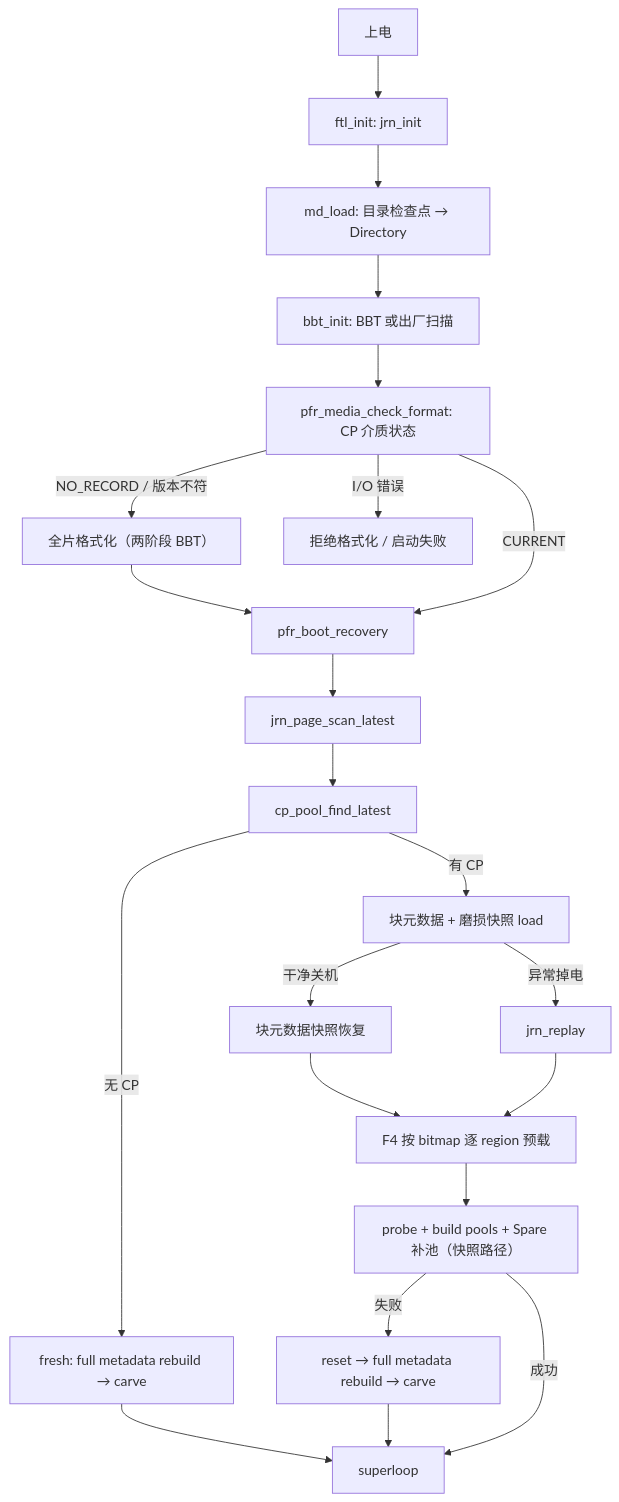
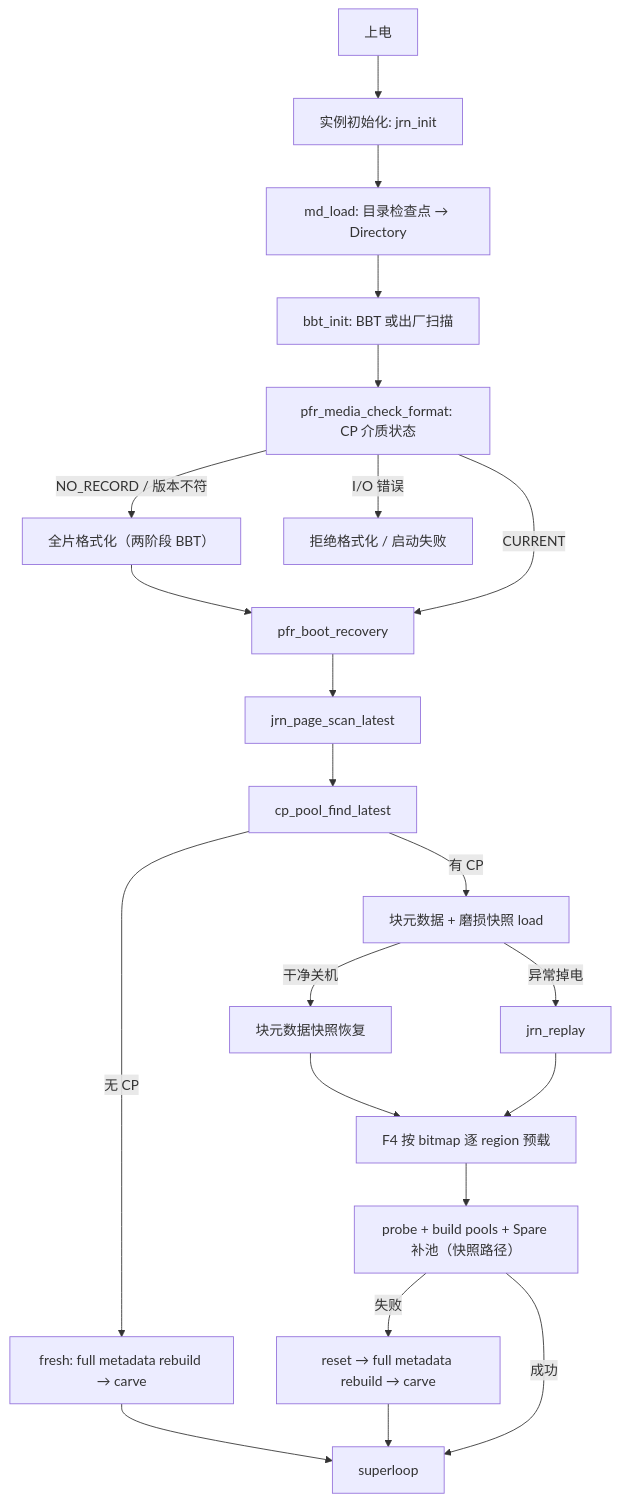
Before and after one commit to YzYMIAO/BASESSD: the third of 36 diagrams in docs/design/ftl_design.md, drawn with Mermaid. The commit also changed other lines of this file and 49 other files, not shown here.

````diff
--- a/docs/design/ftl_design.md
+++ b/docs/design/ftl_design.md
@@ -944,24 +908,24 @@
 ```mermaid
 flowchart TD
-    PWR["上电"] --> JI["ftl_init: jrn_init"]
-    JI --> MDL["md_load: 目录检查点 → Directory"]
-    MDL --> BBTI["bbt_init: BBT 或出厂扫描"]
-    BBTI --> VER["pfr_media_check_format: CP 介质状态"]
-    VER -- "NO_RECORD / 版本不符" --> FMT["全片格式化（两阶段 BBT）"]
-    VER -- "I/O 错误" --> HALT["拒绝格式化 / 启动失败"]
-    VER -- "CURRENT" --> BR["pfr_boot_recovery"]
-    FMT --> BR
-    BR --> JS["jrn_page_scan_latest"]
-    JS --> CPF["cp_pool_find_latest"]
-    CPF -- "无 CP" --> FRESH["fresh: full metadata rebuild → carve"]
-    CPF -- "有 CP" --> LS["块元数据 + 磨损快照 load"]
-    LS -- "干净关机" --> CL["块元数据快照恢复"]
-    LS -- "异常掉电" --> JR["jrn_replay"]
-    CL --> F4["F4 按 bitmap 逐 region 预载"]
-    JR --> F4
-    F4 --> POOL["probe + build pools + Spare 补池（快照路径）"]
-    POOL -- "失败" --> FB["reset → full metadata rebuild → carve"]
-    POOL -- "成功" --> LOOP["superloop"]
-    FRESH --> LOOP
-    FB --> LOOP
+ PWR["上电"] --> JI["实例初始化: jrn_init"]
+ JI --> MDL["md_load: 目录检查点 → Directory"]
+ MDL --> BBTI["bbt_init: BBT 或出厂扫描"]
+ BBTI --> VER["pfr_media_check_format: CP 介质状态"]
+ VER -- "NO_RECORD / 版本不符" --> FMT["全片格式化（两阶段 BBT）"]
+ VER -- "I/O 错误" --> HALT["拒绝格式化 / 启动失败"]
+ VER -- "CURRENT" --> BR["pfr_boot_recovery"]
+ FMT --> BR
+ BR --> JS["jrn_page_scan_latest"]
+ JS --> CPF["cp_pool_find_latest"]
+ CPF -- "无 CP" --> FRESH["fresh: full metadata rebuild → carve"]
+ CPF -- "有 CP" --> LS["块元数据 + 磨损快照 load"]
+ LS -- "干净关机" --> CL["块元数据快照恢复"]
+ LS -- "异常掉电" --> JR["jrn_replay"]
+ CL --> F4["F4 按 bitmap 逐 region 预载"]
+ JR --> F4
+ F4 --> POOL["probe + build pools + Spare 补池（快照路径）"]
+ POOL -- "失败" --> FB["reset → full metadata rebuild → carve"]
+ POOL -- "成功" --> LOOP["superloop"]
+ FRESH --> LOOP
+ FB --> LOOP
 ```
````
